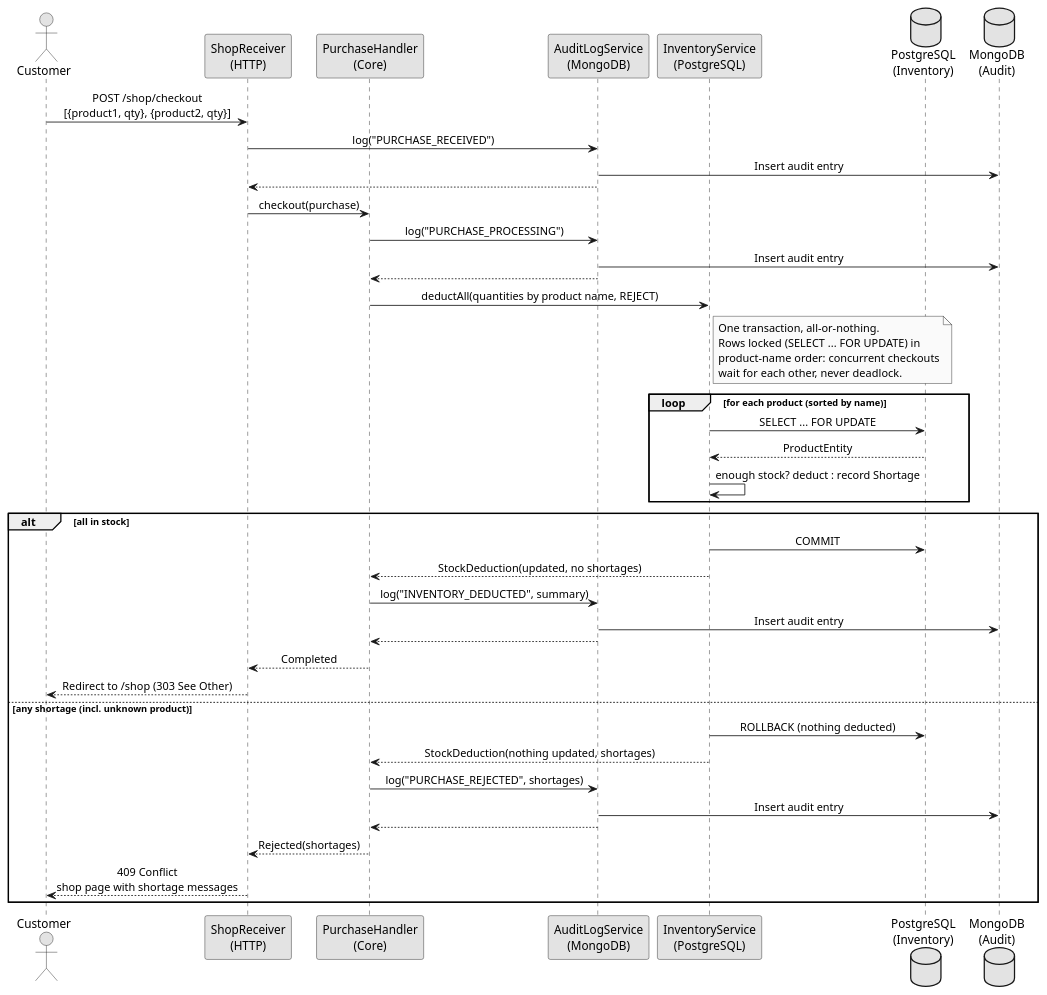
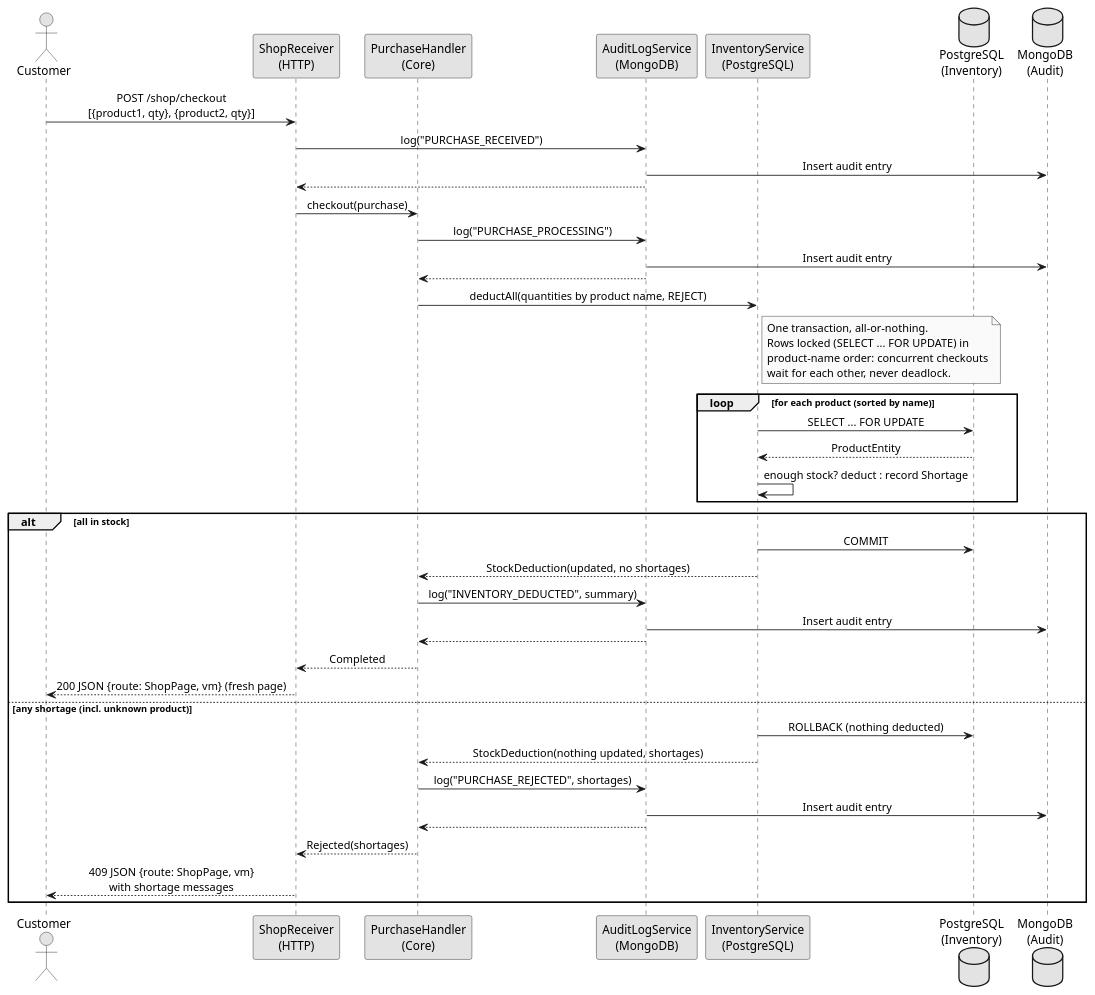
The diagram in docs/architecture/flows/shop-checkout.puml (svene/2026-07-26_quarkus-hexagon-demo-mm-per-tech), drawn with PlantUML before and after one commit. The commit also changed 45 other files, not shown here.

```diff
--- a/docs/architecture/flows/shop-checkout.puml
+++ b/docs/architecture/flows/shop-checkout.puml
@@ -1,53 +1,53 @@
 @startuml shop_checkout
 skinparam monochrome true
 skinparam sequenceMessageAlign center
 skinparam backgroundColor #ffffff
 
 actor "Customer" as user
 participant "ShopReceiver\n(HTTP)" as receiver
 participant "PurchaseHandler\n(Core)" as handler
 participant "AuditLogService\n(MongoDB)" as audit
 participant "InventoryService\n(PostgreSQL)" as inventory
 database "PostgreSQL\n(Inventory)" as db_inv
 database "MongoDB\n(Audit)" as db_audit
 
 user -> receiver: POST /shop/checkout\n[{product1, qty}, {product2, qty}]
 receiver -> audit: log("PURCHASE_RECEIVED")
 audit -> db_audit: Insert audit entry
 audit --> receiver
 receiver -> handler: checkout(purchase)
 handler -> audit: log("PURCHASE_PROCESSING")
 audit -> db_audit: Insert audit entry
 audit --> handler
 
 handler -> inventory: deductAll(quantities by product name, REJECT)
 note right of inventory
   One transaction, all-or-nothing.
   Rows locked (SELECT ... FOR UPDATE) in
   product-name order: concurrent checkouts
   wait for each other, never deadlock.
 end note
 loop for each product (sorted by name)
   inventory -> db_inv: SELECT ... FOR UPDATE
   db_inv --> inventory: ProductEntity
   inventory -> inventory: enough stock? deduct : record Shortage
 end
 alt all in stock
   inventory -> db_inv: COMMIT
   inventory --> handler: StockDeduction(updated, no shortages)
   handler -> audit: log("INVENTORY_DEDUCTED", summary)
   audit -> db_audit: Insert audit entry
   audit --> handler
   handler --> receiver: Completed
-  receiver --> user: Redirect to /shop (303 See Other)
+  receiver --> user: 200 JSON {route: ShopPage, vm} (fresh page)
 else any shortage (incl. unknown product)
   inventory -> db_inv: ROLLBACK (nothing deducted)
   inventory --> handler: StockDeduction(nothing updated, shortages)
   handler -> audit: log("PURCHASE_REJECTED", shortages)
   audit -> db_audit: Insert audit entry
   audit --> handler
   handler --> receiver: Rejected(shortages)
-  receiver --> user: 409 Conflict\nshop page with shortage messages
+  receiver --> user: 409 JSON {route: ShopPage, vm}\nwith shortage messages
 end
 
 @enduml
```
